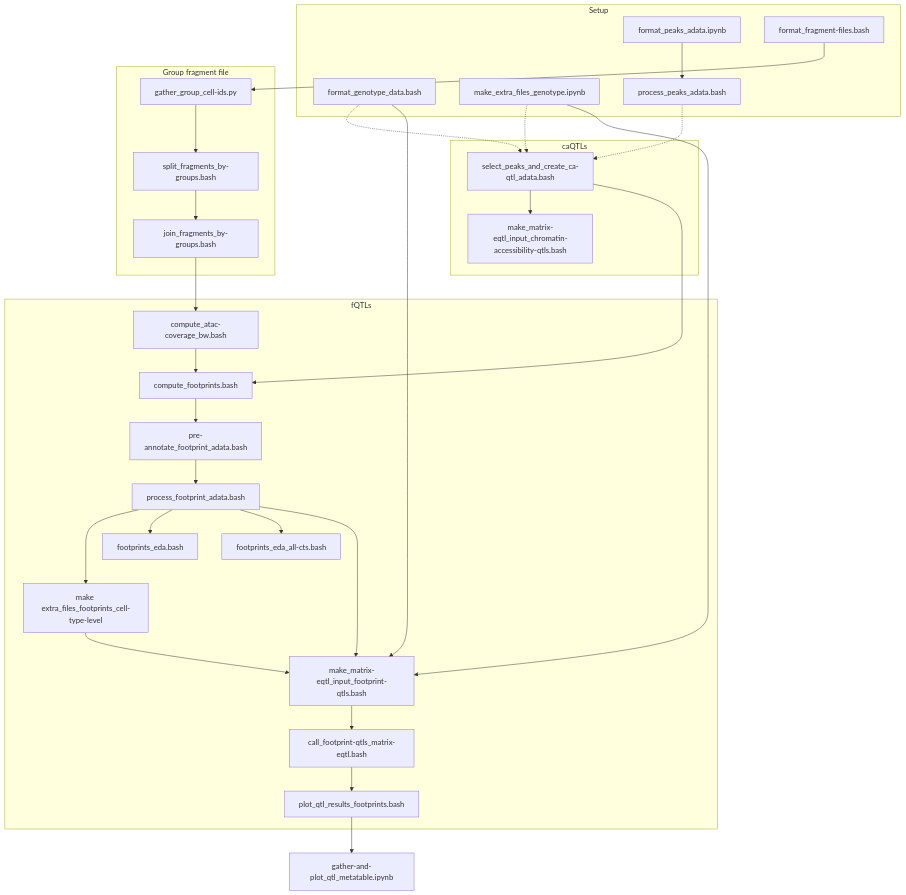
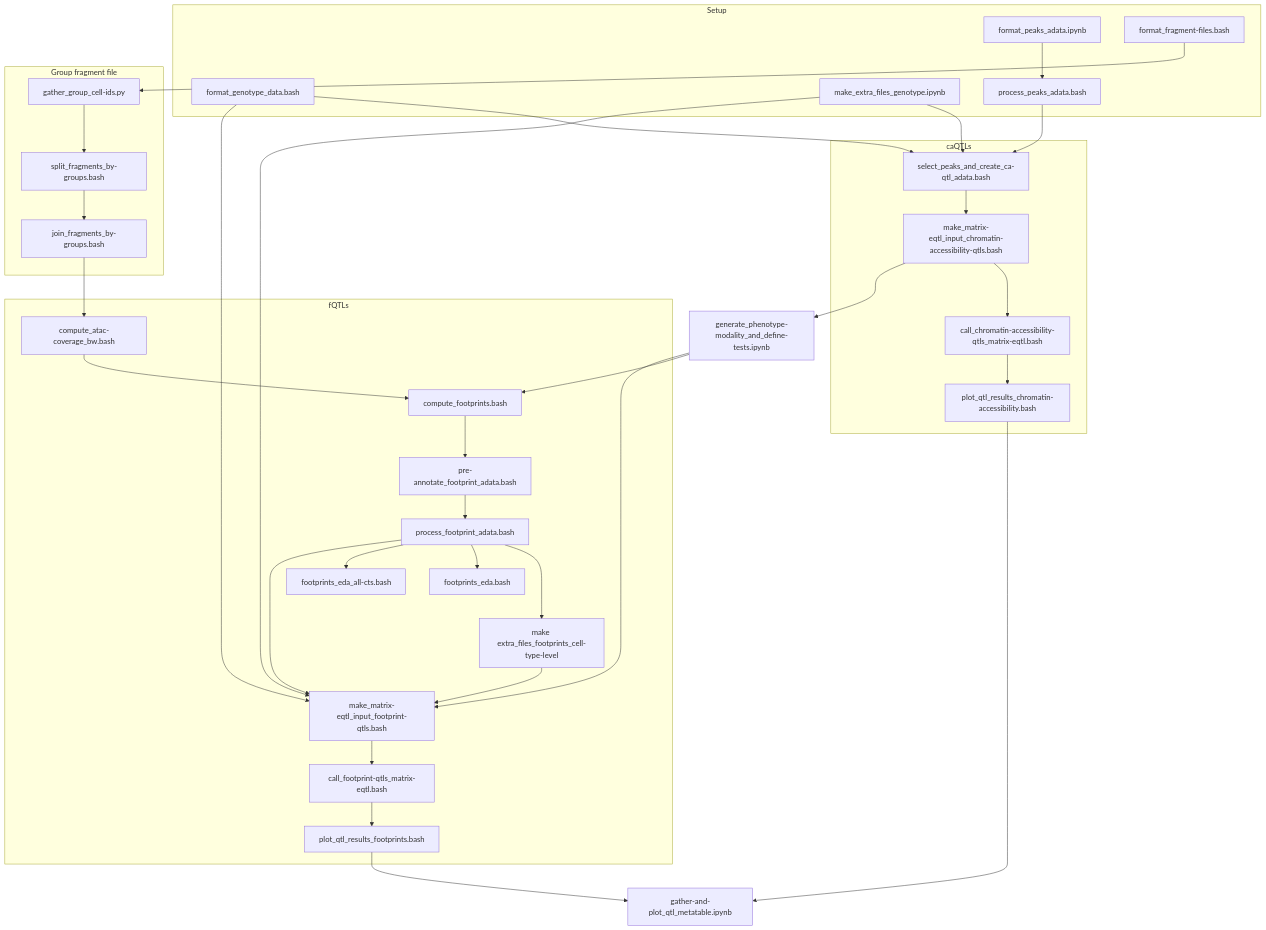
Before and after one commit to idf-io/footprintQTLs: the diagram in README.md, drawn with Mermaid. The commit also changed 1 other file, not shown here.

````diff
--- a/README.md
+++ b/README.md
@@ -3,60 +3,65 @@
 ```mermaid
 flowchart TD
 
 subgraph Setup
 S1[format_genotype_data.bash]
 S2[make_extra_files_genotype.ipynb]
 S3[format_peaks_adata.ipynb]
 S4[process_peaks_adata.bash]
 S3 --> S4
 S6[format_fragment-files.bash]
 end
 
 X1[gather_group_cell-ids.py]
 X2[split_fragments_by-groups.bash]
 X3[join_fragments_by-groups.bash]
 
 subgraph Group fragment file
 S6 --> X1
 X1 --> X2
 X2 --> X3
 end
 
 K1[select_peaks_and_create_ca-qtl_adata.bash]
 K2[make_matrix-eqtl_input_chromatin-accessibility-qtls.bash]
+K3[call_chromatin-accessibility-qtls_matrix-eqtl.bash]
+K4[plot_qtl_results_chromatin-accessibility.bash]
 
 subgraph caQTLs
-S1 & S2 & S4 -.-> K1
+S1 & S2 & S4 --> K1
 K1 --> K2
+K2 --> K3
+K3 --> K4
 end
 
 
 A[compute_atac-coverage_bw.bash]
 B[compute_footprints.bash]
 C[pre-annotate_footprint_adata.bash]
 D[process_footprint_adata.bash]
 E[make extra_files_footprints_cell-type-level]
 D1[footprints_eda.bash]
 D2[footprints_eda_all-cts.bash]
 F[make_matrix-eqtl_input_footprint-qtls.bash]
 G[call_footprint-qtls_matrix-eqtl.bash]
 H[plot_qtl_results_footprints.bash]
 
-K1 --> B
+K2 --> A2[generate_phenotype-modality_and_define-tests.ipynb]
+A2 --> B & F
 
 subgraph fQTLs
 X3 --> A
 A --> B
 B --> C
 C --> D
 D ---> E
 D --> D1 & D2
 D & E --> F
 S1 & S2 --> F
 F --> G
 G --> H
 end
 
 Z[gather-and-plot_qtl_metatable.ipynb]
-H --> Z
+H & K4 --> Z
 ```
````
